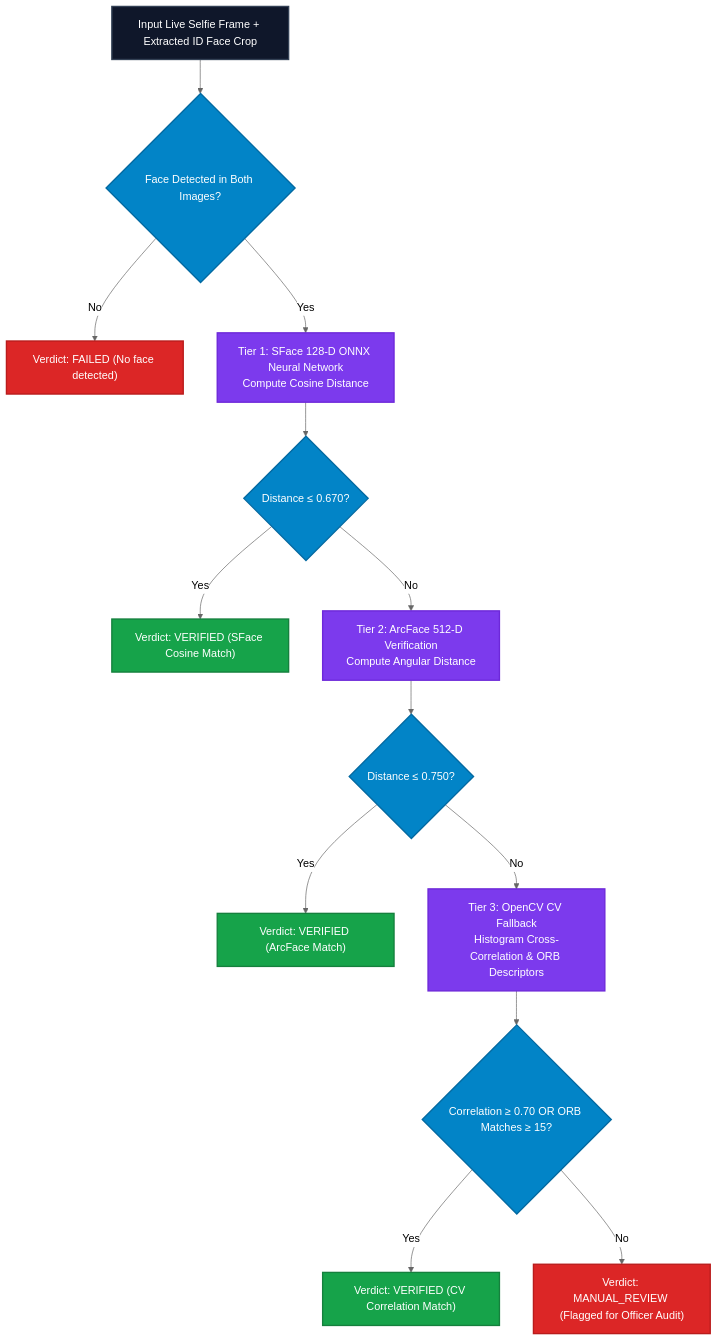
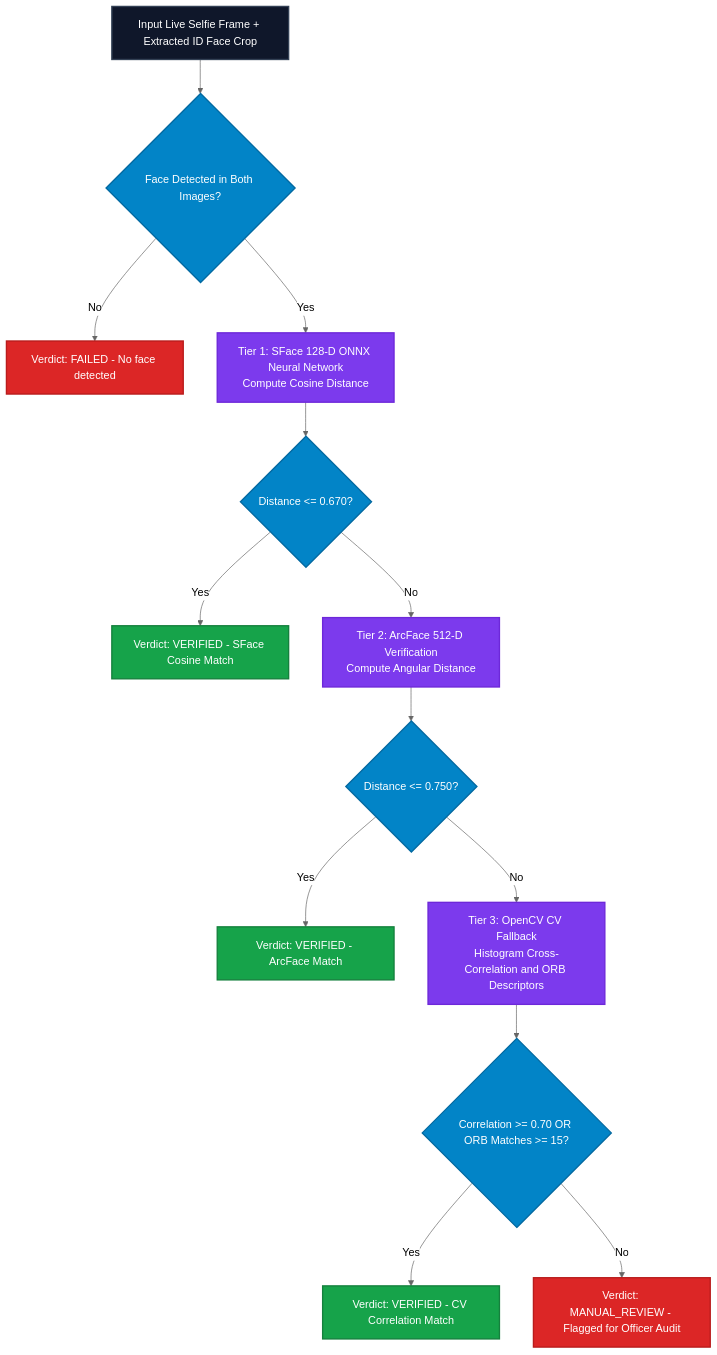
One commit to Saravanan2005real/identity-verify-mvp changed the fourth of 6 diagrams in README.md. Above: the diagram before and after it, drawn with Mermaid (neutral theme). The commit also changed other lines of this file and 32 other files, not shown here.

Commit message:
feat: complete Supabase authentication, embedded vector architecture diagrams, and launcher scripts

````diff
--- a/README.md
+++ b/README.md
@@ -242,28 +268,28 @@
 ```mermaid
 flowchart TD
     classDef start fill:#0f172a,stroke:#334155,stroke-width:2px,color:#ffffff
     classDef process fill:#0284c7,stroke:#0369a1,stroke-width:2px,color:#ffffff
     classDef model fill:#7c3aed,stroke:#6d28d9,stroke-width:2px,color:#ffffff
     classDef pass fill:#16a34a,stroke:#15803d,stroke-width:2px,color:#ffffff
     classDef review fill:#dc2626,stroke:#b91c1c,stroke-width:2px,color:#ffffff
 
     InputFrame["Input Live Selfie Frame + Extracted ID Face Crop"]:::start
     FaceDet{"Face Detected in Both Images?"}:::process
     InputFrame --> FaceDet
 
-    FaceDet -- No --> FailNoFace["Verdict: FAILED (No face detected)"]:::review
+    FaceDet -- No --> FailNoFace["Verdict: FAILED - No face detected"]:::review
     FaceDet -- Yes --> SFaceModel["Tier 1: SFace 128-D ONNX Neural Network<br/>Compute Cosine Distance"]:::model
 
-    SFaceModel --> CheckSFace{"Distance ≤ 0.670?"}:::process
-    CheckSFace -- Yes --> MatchPassed["Verdict: VERIFIED (SFace Cosine Match)"]:::pass
+    SFaceModel --> CheckSFace{"Distance <= 0.670?"}:::process
+    CheckSFace -- Yes --> MatchPassed["Verdict: VERIFIED - SFace Cosine Match"]:::pass
 
     CheckSFace -- No --> ArcFaceModel["Tier 2: ArcFace 512-D Verification<br/>Compute Angular Distance"]:::model
-    ArcFaceModel --> CheckArc{"Distance ≤ 0.750?"}:::process
-    CheckArc -- Yes --> MatchPassedArc["Verdict: VERIFIED (ArcFace Match)"]:::pass
+    ArcFaceModel --> CheckArc{"Distance <= 0.750?"}:::process
+    CheckArc -- Yes --> MatchPassedArc["Verdict: VERIFIED - ArcFace Match"]:::pass
 
-    CheckArc -- No --> FallbackCV["Tier 3: OpenCV CV Fallback<br/>Histogram Cross-Correlation & ORB Descriptors"]:::model
-    FallbackCV --> CheckCV{"Correlation ≥ 0.70 OR ORB Matches ≥ 15?"}:::process
-    CheckCV -- Yes --> MatchPassedCV["Verdict: VERIFIED (CV Correlation Match)"]:::pass
+    CheckArc -- No --> FallbackCV["Tier 3: OpenCV CV Fallback<br/>Histogram Cross-Correlation and ORB Descriptors"]:::model
+    FallbackCV --> CheckCV{"Correlation >= 0.70 OR ORB Matches >= 15?"}:::process
+    CheckCV -- Yes --> MatchPassedCV["Verdict: VERIFIED - CV Correlation Match"]:::pass
 
-    CheckCV -- No --> ManualReview["Verdict: MANUAL_REVIEW (Flagged for Officer Audit)"]:::review
+    CheckCV -- No --> ManualReview["Verdict: MANUAL_REVIEW - Flagged for Officer Audit"]:::review
 ```
````
